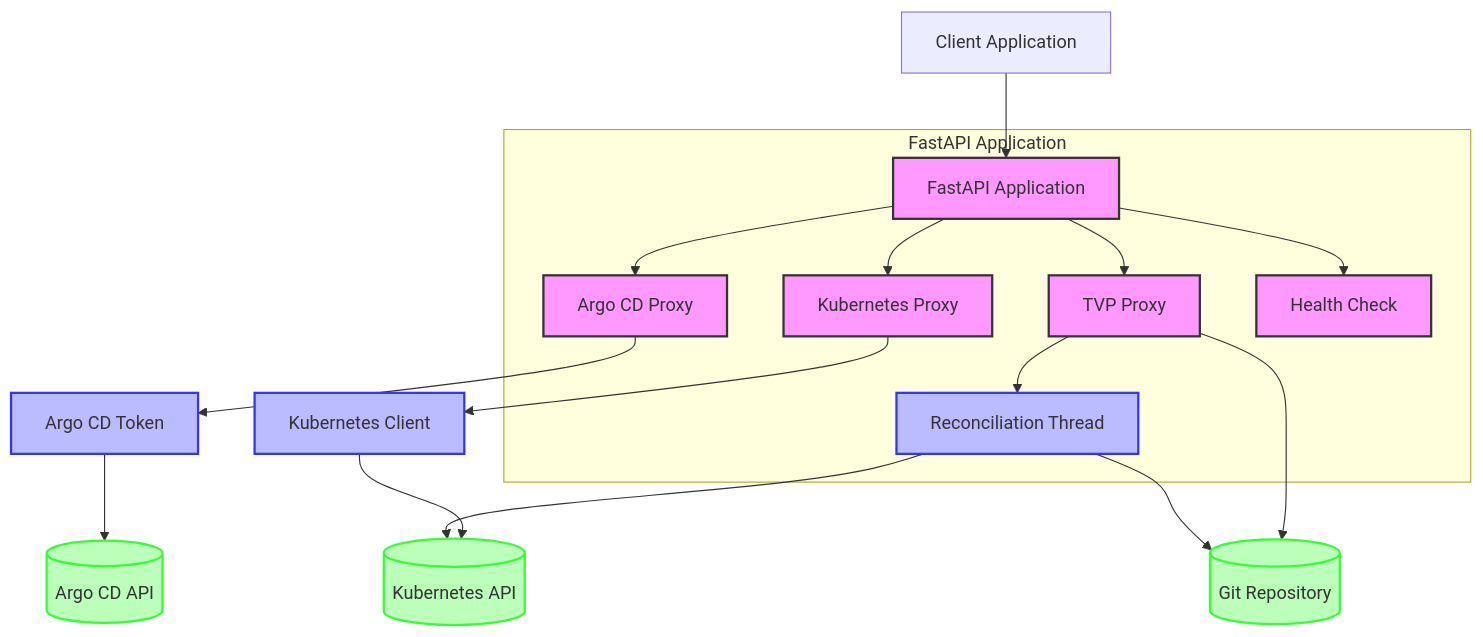
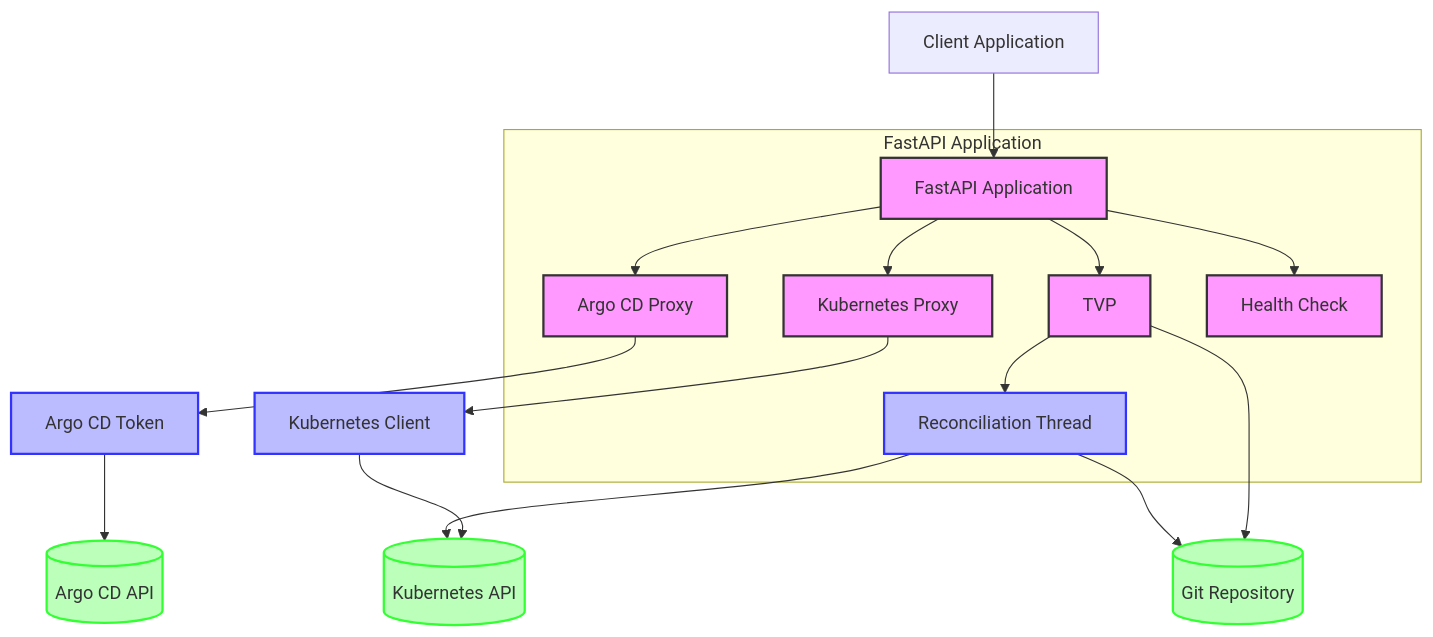
The diagram in fastapi/mermaid/component-diagram.mermaid (lloydchang/tvp-k8s), drawn with Mermaid before and after one commit. The commit also changed 3 other files, not shown here.

```diff
--- a/fastapi/mermaid/component-diagram.mermaid
+++ b/fastapi/mermaid/component-diagram.mermaid
@@ -1,27 +1,27 @@
 flowchart TB
     Client[Client Application] --> API[FastAPI Application]
     
     subgraph "FastAPI Application"
         API --> KR[Kubernetes Proxy]
         API --> AR[Argo CD Proxy]
-        API --> TR[TVP Proxy]
+        API --> TR[TVP]
         API --> Health[Health Check]
         TR --> RT[Reconciliation Thread]
     end
     
     KR --> KC[Kubernetes Client]
     AR --> AT[Argo CD Token]
     TR --> GitRepo[(Git Repository)]
     
     KC --> Kubernetes[(Kubernetes API)]
     AT --> ArgoCD[(Argo CD API)]
     RT --> GitRepo
     RT --> Kubernetes
     
     classDef component fill:#f9f,stroke:#333,stroke-width:2px
     classDef api fill:#bbf,stroke:#33f,stroke-width:2px
     classDef external fill:#bfb,stroke:#3f3,stroke-width:2px
     
     class API,KR,AR,TR,Health component
     class KC,AT,RT api
     class Kubernetes,ArgoCD,GitRepo external
```
